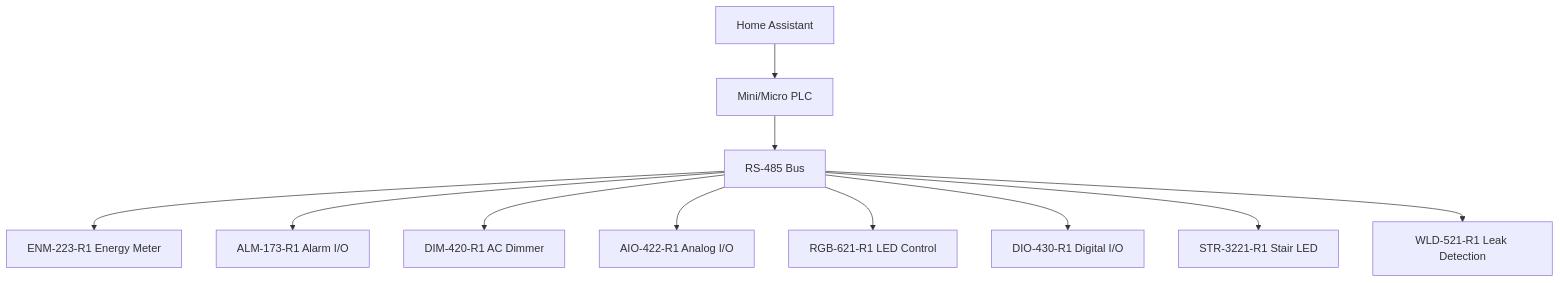
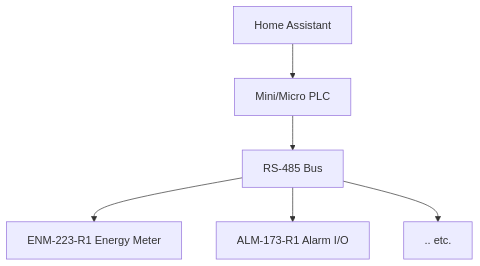
One commit to isystemsautomation/HOMEMASTER changed the diagram in README.md. Above: the diagram before and after it, drawn with Mermaid. The commit also changed other lines of this file, not shown here.

````diff
--- a/README.md
+++ b/README.md
@@ -60,13 +35,9 @@
 ```mermaid
 graph TB
   HA[Home Assistant] --> PLC[Mini/Micro PLC]
   PLC --> RS485[RS-485 Bus]
   RS485 --> ENM[ENM‑223‑R1 Energy Meter]
   RS485 --> ALM[ALM‑173‑R1 Alarm I/O]
-  RS485 --> DIM[DIM‑420‑R1 AC Dimmer]
-  RS485 --> AIO[AIO‑422‑R1 Analog I/O]
-  RS485 --> RGB[RGB‑621‑R1 LED Control]
-  RS485 --> DIO[DIO‑430‑R1 Digital I/O]
-  RS485 --> STR[STR‑3221‑R1 Stair LED]
-  RS485 --> WLD[WLD‑521‑R1 Leak Detection]
+  RS485 --> DIM[.. etc.]
+
 ```
````
